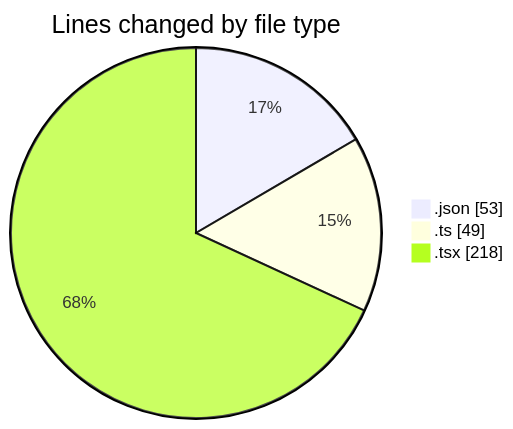
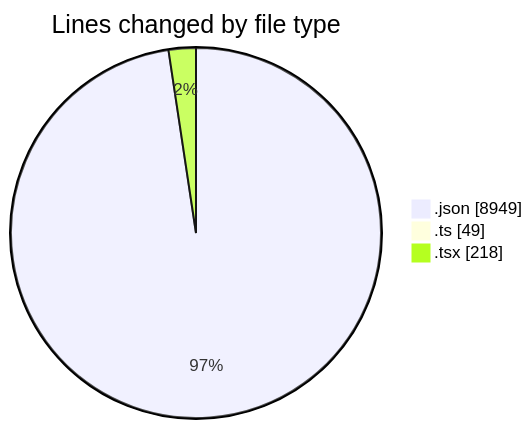
Before and after one commit to Ritupan-Deka/code-tracking: the first of 2 diagrams in 2025-05-22/expensetracker/README.md, drawn with Mermaid. The commit also changed other lines of this file and 1 other file, not shown here.

````diff
--- a/2025-05-22/expensetracker/README.md
+++ b/2025-05-22/expensetracker/README.md
@@ -23,7 +24,7 @@
 ```mermaid
 pie showData
 title Lines changed by file type
-".json" : 53
+".json" : 8949
 ".ts" : 49
 ".tsx" : 218
 ```
````
